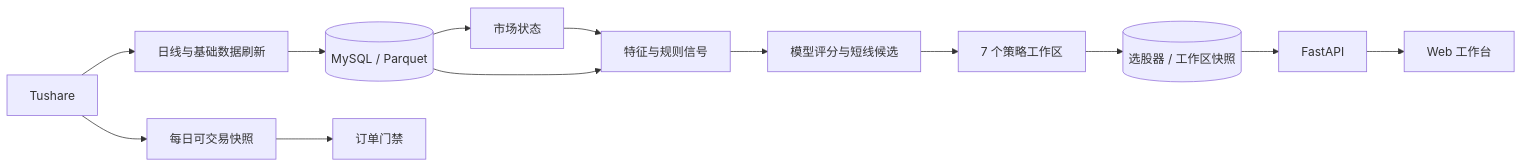
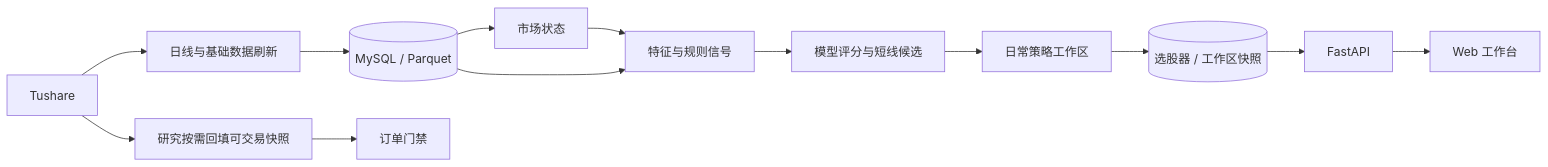
One commit to pDeathlok/quant changed the first of 3 diagrams in docs/architecture.md. Above: the diagram before and after it, drawn with Mermaid. The commit also changed other lines of this file and 10 other files, not shown here.

First line of the commit message:
docs(project): consolidate workflows architecture and repository hygiene

````diff
--- a/docs/architecture.md
+++ b/docs/architecture.md
@@ -9,15 +9,15 @@
 ```mermaid
 flowchart LR
     TS[Tushare] --> DR[日线与基础数据刷新]
     DR --> STORE[(MySQL / Parquet)]
-    TS --> TRAD[每日可交易快照]
+    TS --> TRAD[研究按需回填可交易快照]
     STORE --> REGIME[市场状态]
     TRAD --> GATE[订单门禁]
     REGIME --> FEAT
     STORE --> FEAT[特征与规则信号]
     FEAT --> SCORE[模型评分与短线候选]
-    SCORE --> WS[7 个策略工作区]
+    SCORE --> WS[日常策略工作区]
     WS --> SNAP[(选股器 / 工作区快照)]
     SNAP --> API[FastAPI]
     API --> WEB[Web 工作台]
 ```
````
